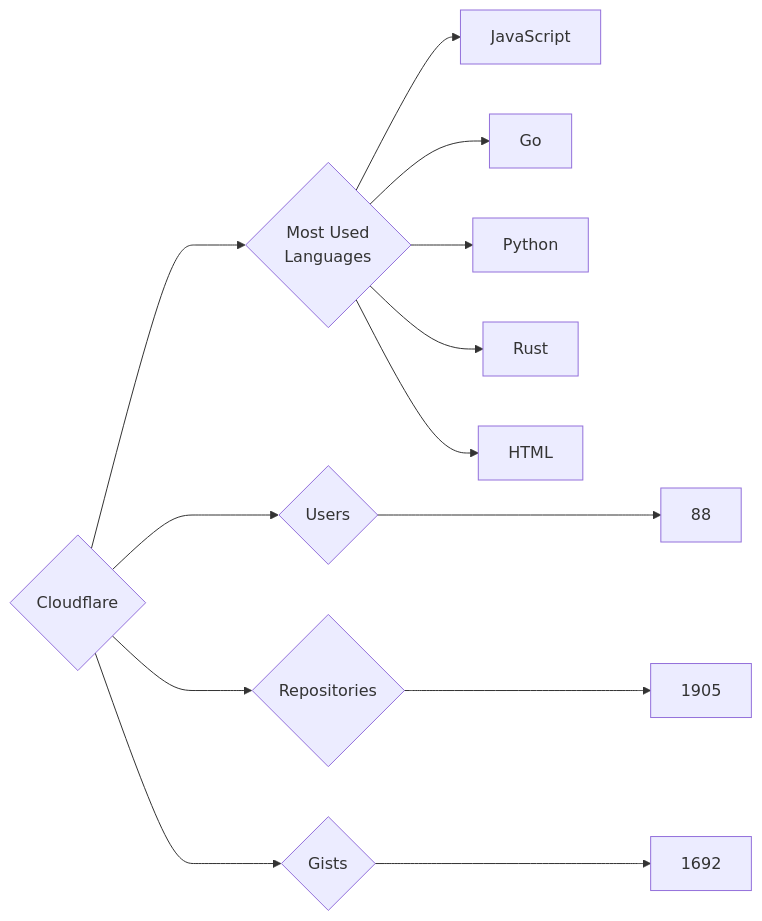
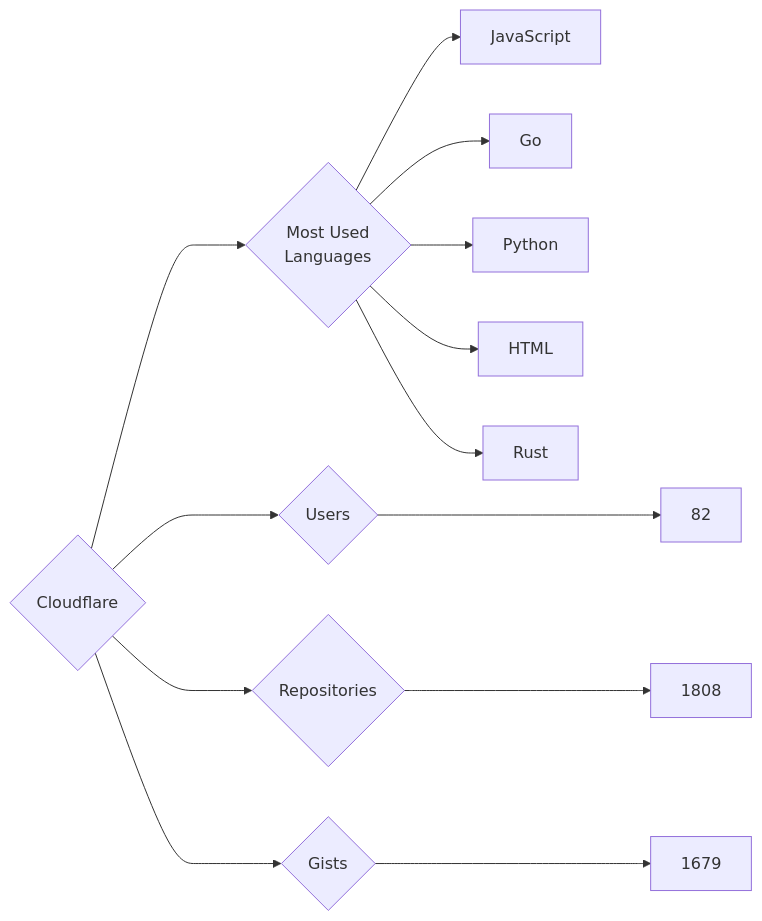
The diagram in targets/Cloudflare/README.md (trickest/insiders), drawn with Mermaid before and after one commit. The commit also changed 951 other files, not shown here.

````diff
--- a/targets/Cloudflare/README.md
+++ b/targets/Cloudflare/README.md
@@ -3,13 +3,13 @@
 ```mermaid
 graph LR
 COMPANY_NAME{Cloudflare}
-COMPANY_NAME ---> U{Users} ---> UN[88]
-COMPANY_NAME ---> R{Repositories} ---> RN[1905]
-COMPANY_NAME ---> G{Gists} ---> GN[1692]
+COMPANY_NAME ---> U{Users} ---> UN[82]
+COMPANY_NAME ---> R{Repositories} ---> RN[1808]
+COMPANY_NAME ---> G{Gists} ---> GN[1679]
 COMPANY_NAME ---> ML{Most Used<br>Languages}
 ML --> JavaScript[JavaScript]
 ML --> Go[Go]
 ML --> Python[Python]
+ML --> HTML[HTML]
 ML --> Rust[Rust]
-ML --> HTML[HTML]
 ```
````
